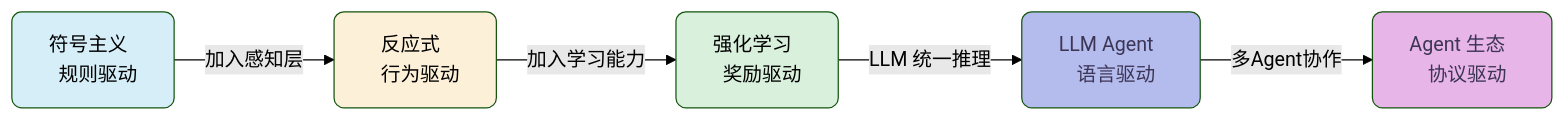
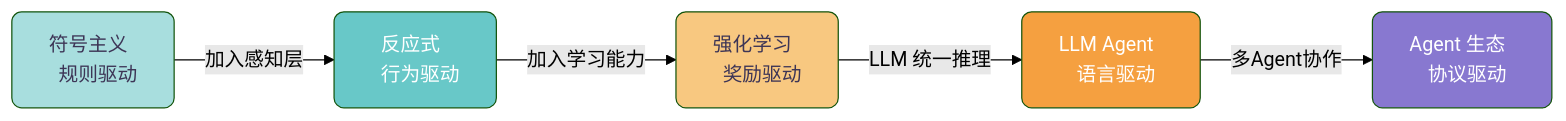
The seventh of 12 diagrams in _posts/2026-04-15-ai-agent.md (caoping0623/caoping0623.github.io), drawn with Mermaid (forest theme) before and after one commit. The commit also changed other lines of this file and 1 other file, not shown here.

First line of the commit message:
Update flowchart color scheme to match reference: teal/orange nodes, lavender arrows, pink subgraph containers

```diff
--- a/_posts/2026-04-15-ai-agent.md
+++ b/_posts/2026-04-15-ai-agent.md
@@ -227,13 +231,13 @@
 <div class="mermaid">
 graph LR
     A["&nbsp; 符号主义 &nbsp;<br/>&nbsp; 规则驱动 &nbsp;"] -->|加入感知层| B["&nbsp; 反应式 &nbsp;<br/>&nbsp; 行为驱动 &nbsp;"]
     B -->|加入学习能力| C["&nbsp; 强化学习 &nbsp;<br/>&nbsp; 奖励驱动 &nbsp;"]
     C -->|LLM 统一推理| D["&nbsp; LLM Agent &nbsp;<br/>&nbsp; 语言驱动 &nbsp;"]
     D -->|多Agent协作| E["&nbsp; Agent 生态 &nbsp;<br/>&nbsp; 协议驱动 &nbsp;"]
 
-    style A fill:#d5eef8,rx:8,ry:8
-    style B fill:#fdf0d8,rx:8,ry:8
-    style C fill:#d8f0dc,rx:8,ry:8
-    style D fill:#b4bcee,color:#3d3556,rx:8,ry:8
-    style E fill:#e8b5e8,color:#3d3556,rx:8,ry:8
+    style A fill:#a8dede,color:#3d3556,rx:8,ry:8
+    style B fill:#68c8c8,color:#ffffff,rx:8,ry:8
+    style C fill:#f8c880,color:#3d3556,rx:8,ry:8
+    style D fill:#f5a040,color:#ffffff,rx:8,ry:8
+    style E fill:#8878d0,color:#ffffff,rx:8,ry:8
 </div>
```
